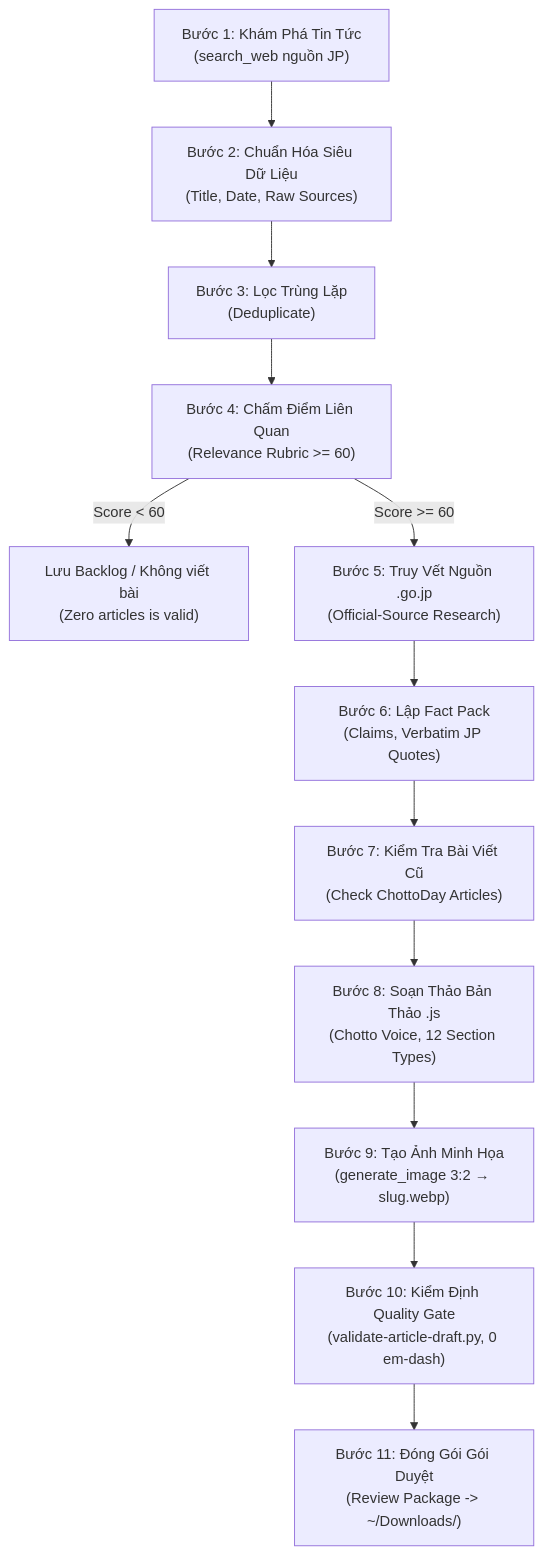
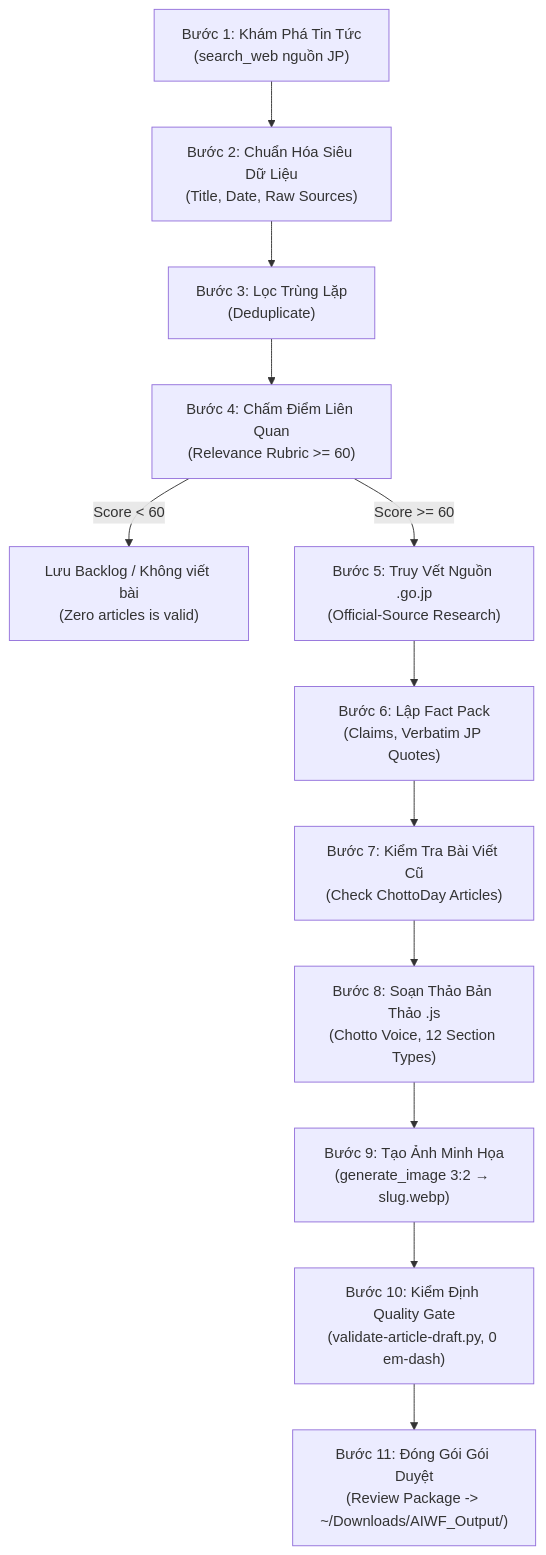
Before and after one commit to bangluutru/ai-workforce: the diagram in .agents/skills/chotto-newsroom/SKILL.md, drawn with Mermaid. The commit also changed other lines of this file and 38 other files, not shown here.

First line of the commit message:
fix(output): standardize default output to ~/Downloads/AIWF_Output/

````diff
--- a/.agents/skills/chotto-newsroom/SKILL.md
+++ b/.agents/skills/chotto-newsroom/SKILL.md
@@ -75,14 +75,14 @@
 ```mermaid
 graph TD
     S1["Bước 1: Khám Phá Tin Tức<br/>(search_web nguồn JP)"] --> S2["Bước 2: Chuẩn Hóa Siêu Dữ Liệu<br/>(Title, Date, Raw Sources)"]
     S2 --> S3["Bước 3: Lọc Trùng Lặp<br/>(Deduplicate)"]
     S3 --> S4["Bước 4: Chấm Điểm Liên Quan<br/>(Relevance Rubric >= 60)"]
     S4 -->|Score < 60| S4B["Lưu Backlog / Không viết bài<br/>(Zero articles is valid)"]
     S4 -->|Score >= 60| S5["Bước 5: Truy Vết Nguồn .go.jp<br/>(Official-Source Research)"]
     S5 --> S6["Bước 6: Lập Fact Pack<br/>(Claims, Verbatim JP Quotes)"]
     S6 --> S7["Bước 7: Kiểm Tra Bài Viết Cũ<br/>(Check ChottoDay Articles)"]
     S7 --> S8["Bước 8: Soạn Thảo Bản Thảo .js<br/>(Chotto Voice, 12 Section Types)"]
     S8 --> S9["Bước 9: Tạo Ảnh Minh Họa<br/>(generate_image 3:2 → slug.webp)"]
     S9 --> S10["Bước 10: Kiểm Định Quality Gate<br/>(validate-article-draft.py, 0 em-dash)"]
-    S10 --> S11["Bước 11: Đóng Gói Gói Duyệt<br/>(Review Package -> ~/Downloads/)"]
+    S10 --> S11["Bước 11: Đóng Gói Gói Duyệt<br/>(Review Package -> ~/Downloads/AIWF_Output/)"]
 ```
````
